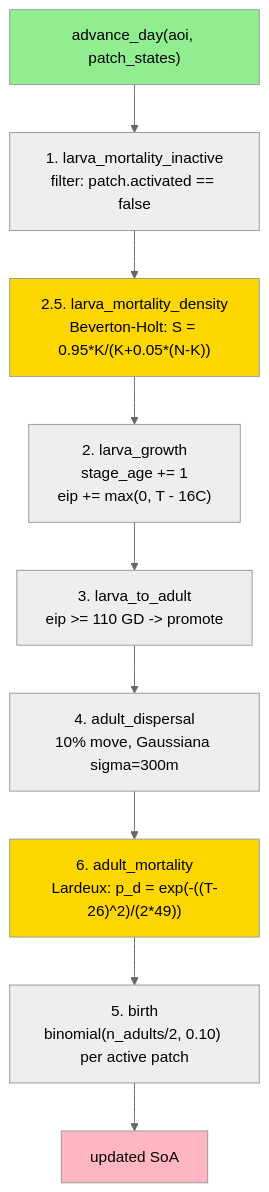
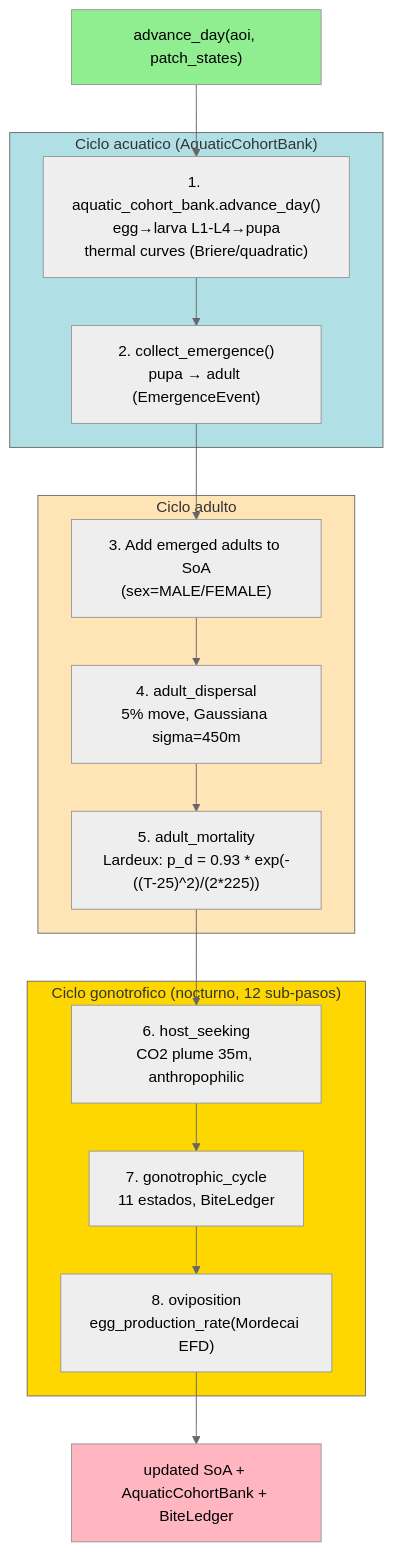
One commit to ANFAIA/MalariaSentinel changed the ninth of 14 diagrams in docs/system-status.md. Above: the diagram before and after it, drawn with Mermaid (neutral theme). The commit also changed other lines of this file, not shown here.

````diff
--- a/docs/system-status.md
+++ b/docs/system-status.md
@@ -512,21 +536,32 @@
 ```mermaid
 graph TB
     START["advance_day(aoi, patch_states)"]
 
-    OP1["1. larva_mortality_inactive<br/>filter: patch.activated == false"]
-    OP25["2.5. larva_mortality_density<br/>Beverton-Holt: S = 0.95*K/(K+0.05*(N-K))"]
-    OP2["2. larva_growth<br/>stage_age += 1<br/>eip += max(0, T - 16C)"]
-    OP3["3. larva_to_adult<br/>eip >= 110 GD -> promote"]
-    OP4["4. adult_dispersal<br/>10% move, Gaussiana sigma=300m"]
-    OP6["6. adult_mortality<br/>Lardeux: p_d = exp(-((T-26)^2)/(2*49))"]
-    OP5["5. birth<br/>binomial(n_adults/2, 0.10) per active patch"]
+    subgraph AQUATIC["Ciclo acuatico (AquaticCohortBank)"]
+        AQ1["1. aquatic_cohort_bank.advance_day()<br/>egg→larva L1-L4→pupa<br/>thermal curves (Briere/quadratic)"]
+        AQ2["2. collect_emergence()<br/>pupa → adult (EmergenceEvent)"]
+    end
 
-    END["updated SoA"]
+    subgraph ADULT["Ciclo adulto"]
+        AD1["3. Add emerged adults to SoA<br/>(sex=MALE/FEMALE)"]
+        AD2["4. adult_dispersal<br/>5% move, Gaussiana sigma=450m"]
+        AD3["5. adult_mortality<br/>Lardeux: p_d = 0.93 * exp(-((T-25)^2)/(2*225))"]
+    end
 
-    START --> OP1 --> OP25 --> OP2 --> OP3 --> OP4 --> OP6 --> OP5 --> END
+    subgraph GONOTROPHIC["Ciclo gonotrofico (nocturno, 12 sub-pasos)"]
+        GN1["6. host_seeking<br/>CO2 plume 35m, anthropophilic"]
+        GN2["7. gonotrophic_cycle<br/>11 estados, BiteLedger"]
+        GN3["8. oviposition<br/>egg_production_rate(Mordecai EFD)"]
+    end
 
-    style OP25 fill:#FFD700
-    style OP6 fill:#FFD700
+    END["updated SoA + AquaticCohortBank + BiteLedger"]
+
+    START --> AQ1 --> AQ2 --> AD1 --> AD2 --> AD3
+    AD3 --> GN1 --> GN2 --> GN3 --> END
+
+    style AQUATIC fill:#B0E0E6
+    style ADULT fill:#FFE4B5
+    style GONOTROPHIC fill:#FFD700
     style START fill:#90EE90
     style END fill:#FFB6C1
 ```
````
